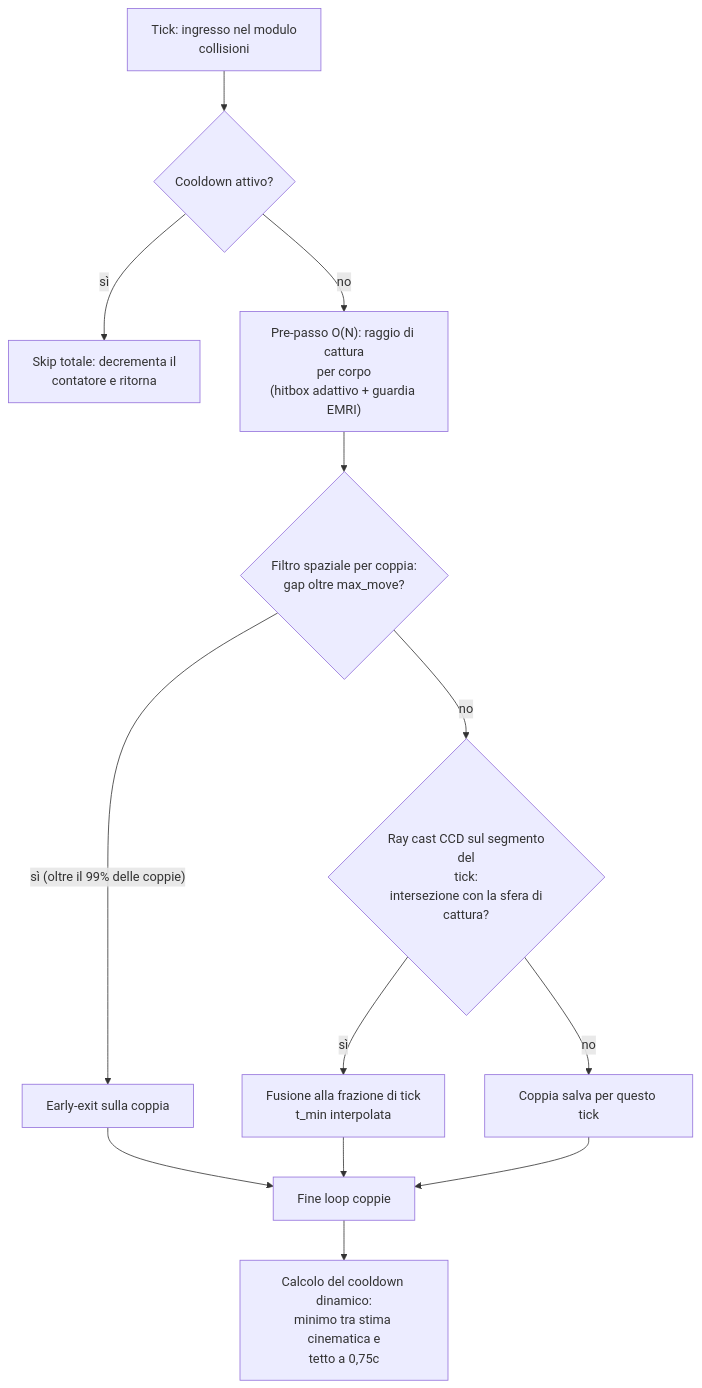
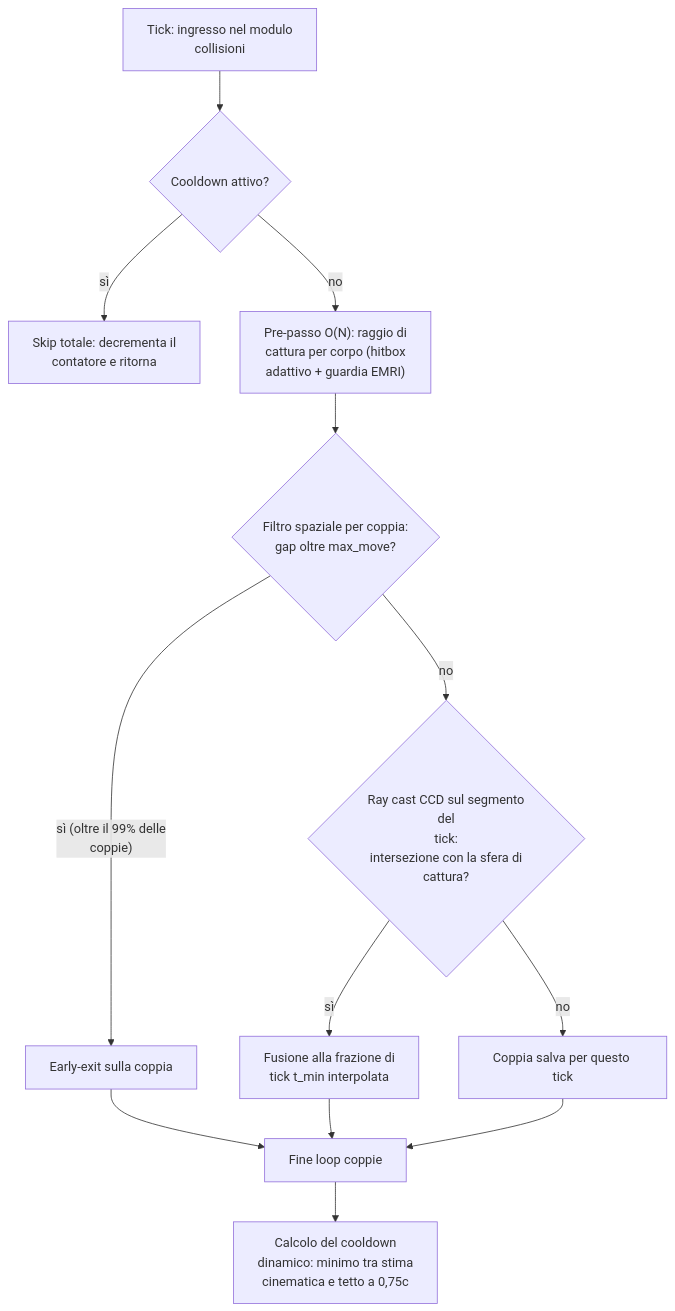
One commit to alessandro-pioli/AstroCausal_Engine changed the eighth of 11 diagrams in ARCHITECTURE_DEEP_DIVE.it.md. Above: the diagram before and after it, drawn with Mermaid. The commit also changed other lines of this file and 2 other files, not shown here.

Commit message:
docs: leggibilita dei diagrammi e igiene del gitignore

````diff
--- a/ARCHITECTURE_DEEP_DIVE.it.md
+++ b/ARCHITECTURE_DEEP_DIVE.it.md
@@ -646,15 +646,15 @@
 ```mermaid
 flowchart TD
     A["Tick: ingresso nel modulo<br/>collisioni"] --> B{"Cooldown attivo?"}
     B -->|"sì"| Z["Skip totale: decrementa il<br/>contatore e ritorna"]
-    B -->|"no"| C["Pre-passo O(N): raggio di cattura<br/>per corpo<br/>(hitbox adattivo + guardia EMRI)"]
+    B -->|"no"| C["Pre-passo O(N): raggio di<br/>cattura per corpo (hitbox<br/>adattivo + guardia EMRI)"]
     C --> D{"Filtro spaziale per coppia:<br/>gap oltre max_move?"}
-    D -->|"sì (oltre il 99% delle coppie)"| E["Early-exit sulla coppia"]
+    D -->|"sì (oltre il 99% delle<br/>coppie)"| E["Early-exit sulla coppia"]
     D -->|"no"| F{"Ray cast CCD sul segmento<br/>del<br/>tick:<br/>intersezione con la sfera di<br/>cattura?"}
-    F -->|"sì"| G["Fusione alla frazione di tick<br/>t_min interpolata"]
+    F -->|"sì"| G["Fusione alla frazione di<br/>tick t_min interpolata"]
     F -->|"no"| H["Coppia salva per questo tick"]
     E --> I["Fine loop coppie"]
     G --> I
     H --> I
-    I --> J["Calcolo del cooldown dinamico:<br/>minimo tra stima cinematica e<br/>tetto a 0,75c"]
+    I --> J["Calcolo del cooldown<br/>dinamico: minimo tra stima<br/>cinematica e tetto a 0,75c"]
 ```
````
